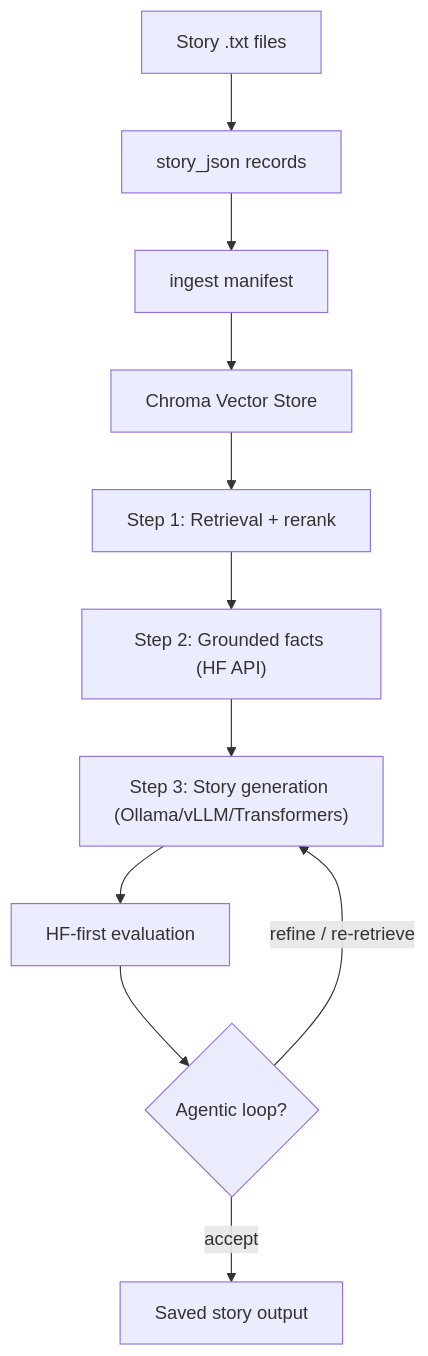
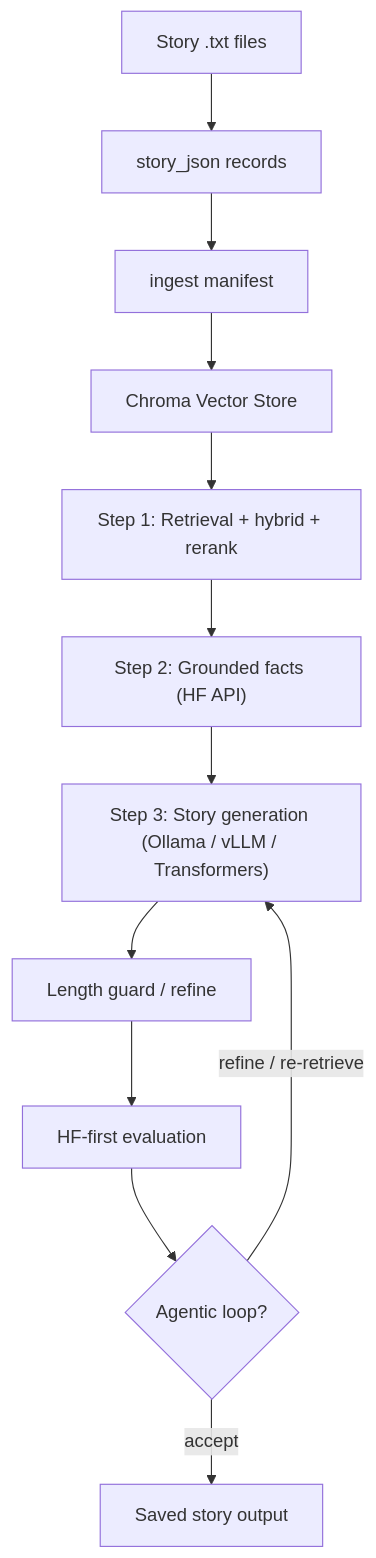
The diagram in docs/README.md (Nix-ml-journey/StoryForge-RAG), drawn with Mermaid before and after one commit. The commit also changed other lines of this file and 31 other files, not shown here.

First line of the commit message:
Add unified story length target and sync docs.

````diff
--- a/docs/README.md
+++ b/docs/README.md
@@ -9,13 +9,14 @@
 ```mermaid
 flowchart TD
     stories["Story .txt files"] --> storyJson["story_json records"]
     storyJson --> manifest["ingest manifest"]
     manifest --> vectorStore["Chroma Vector Store"]
-    vectorStore --> retrieval["Step 1: Retrieval + rerank"]
+    vectorStore --> retrieval["Step 1: Retrieval + hybrid + rerank"]
     retrieval --> extraction["Step 2: Grounded facts (HF API)"]
-    extraction --> generation["Step 3: Story generation (Ollama/vLLM/Transformers)"]
-    generation --> evaluation["HF-first evaluation"]
+    extraction --> generation["Step 3: Story generation (Ollama / vLLM / Transformers)"]
+    generation --> lengthGuard["Length guard / refine"]
+    lengthGuard --> evaluation["HF-first evaluation"]
     evaluation --> agentic{"Agentic loop?"}
     agentic -->|refine / re-retrieve| generation
     agentic -->|accept| outputs["Saved story output"]
 ```
````
